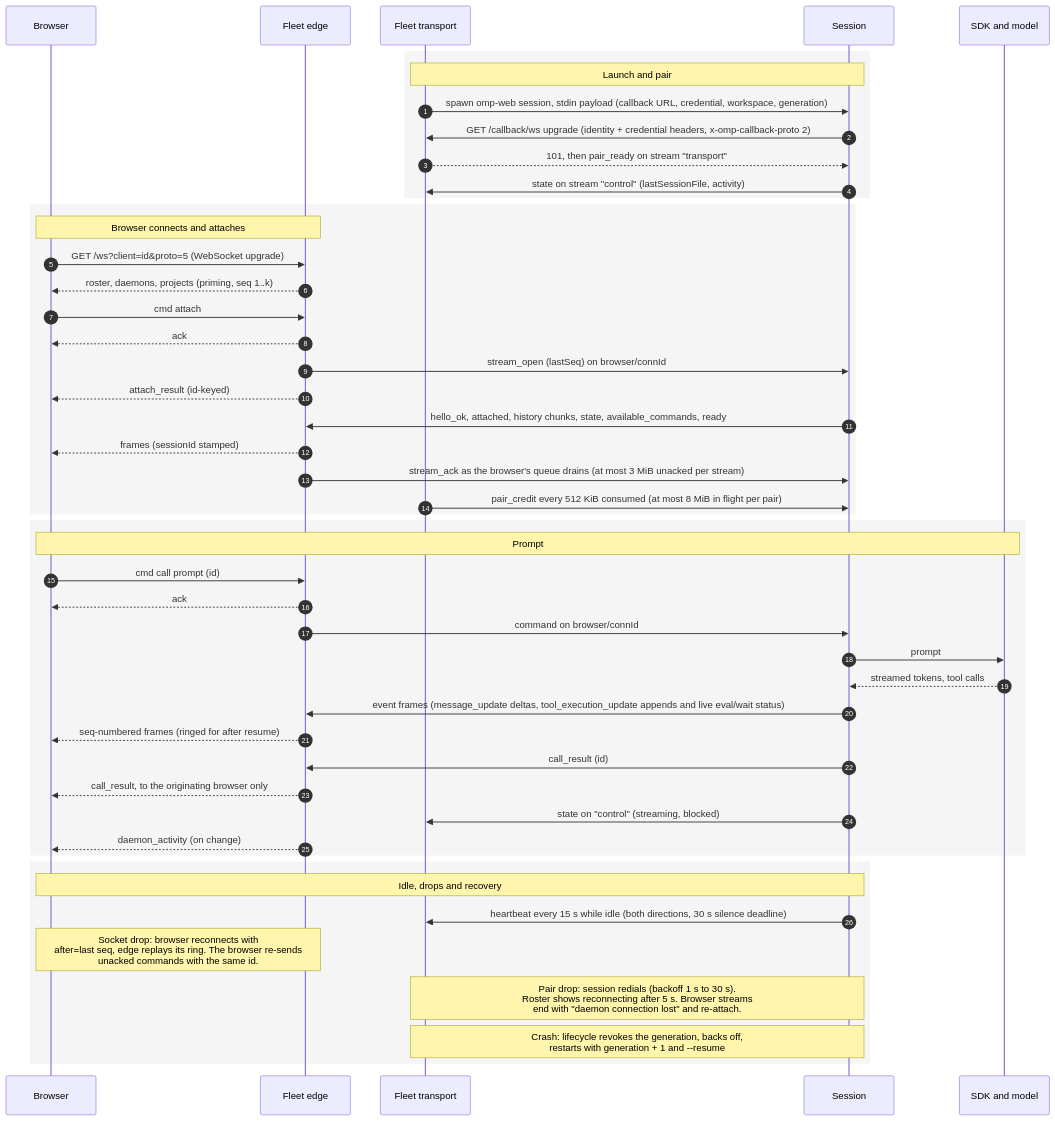
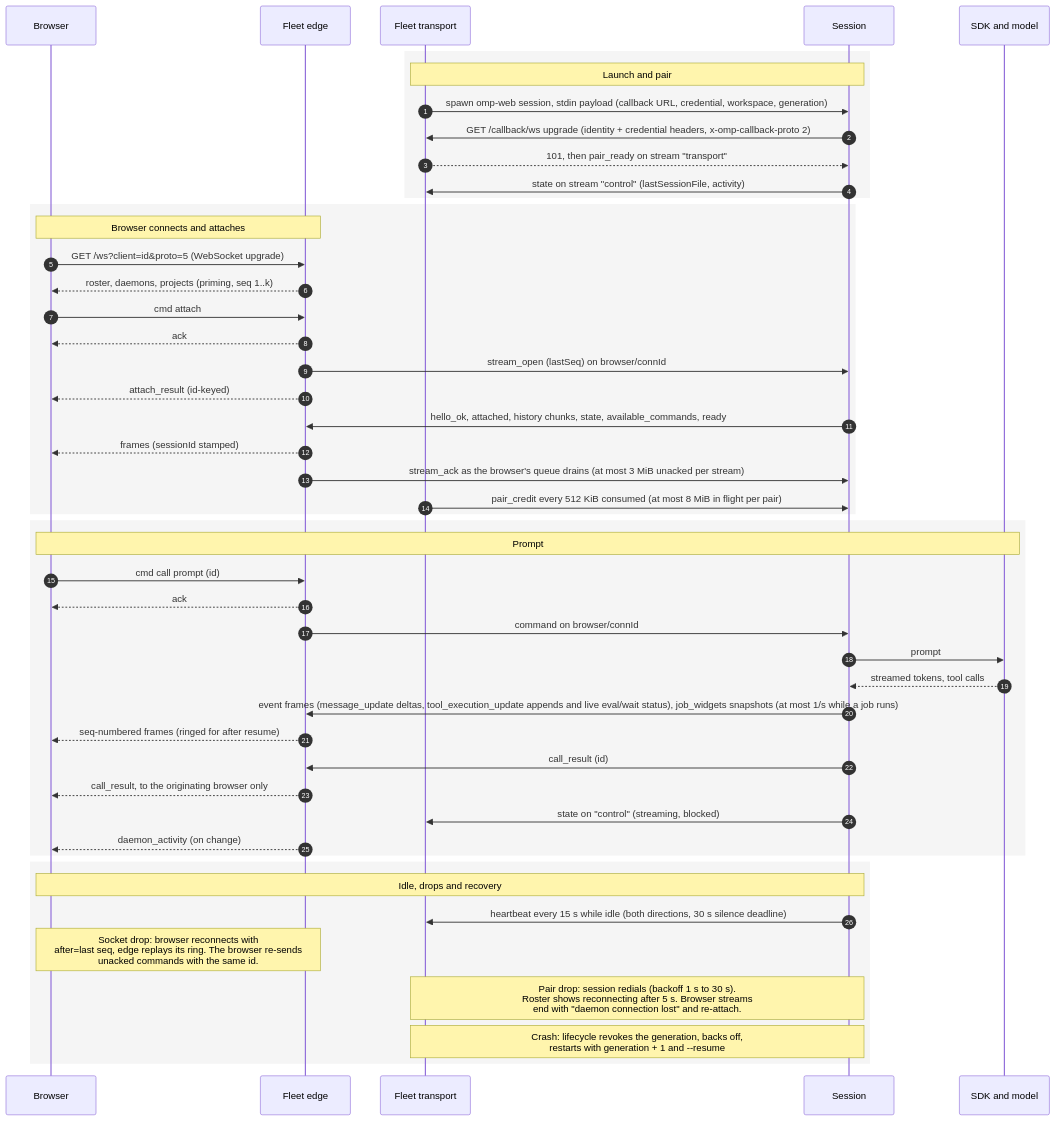
The second of 2 diagrams in docs/architecture.md (nibblebot/omp-web), drawn with Mermaid before and after one commit. The commit also changed 50 other files, not shown here.

First line of the commit message:
feat(sdk): job widgets on the wait card, jobs panel, composer jobs bar and subagent rows (SDK 18.12.6)

````diff
--- a/docs/architecture.md
+++ b/docs/architecture.md
@@ -64,54 +64,54 @@
 ```mermaid
 sequenceDiagram
   autonumber
   participant B as Browser
   participant E as Fleet edge
   participant T as Fleet transport
   participant S as Session
   participant M as SDK and model
 
   rect rgba(128,128,128,0.08)
   Note over T,S: Launch and pair
   T->>S: spawn omp-web session, stdin payload (callback URL, credential, workspace, generation)
   S->>T: GET /callback/ws upgrade (identity + credential headers, x-omp-callback-proto 2)
   T-->>S: 101, then pair_ready on stream "transport"
   S->>T: state on stream "control" (lastSessionFile, activity)
   end
 
   rect rgba(128,128,128,0.08)
   Note over B,E: Browser connects and attaches
   B->>E: GET /ws?client=id&proto=5 (WebSocket upgrade)
   E-->>B: roster, daemons, projects (priming, seq 1..k)
   B->>E: cmd attach
   E-->>B: ack
   E->>S: stream_open (lastSeq) on browser/connId
   E-->>B: attach_result (id-keyed)
   S->>E: hello_ok, attached, history chunks, state, available_commands, ready
   E-->>B: frames (sessionId stamped)
   E->>S: stream_ack as the browser's queue drains (at most 3 MiB unacked per stream)
   T->>S: pair_credit every 512 KiB consumed (at most 8 MiB in flight per pair)
   end
 
   rect rgba(128,128,128,0.08)
   Note over B,M: Prompt
   B->>E: cmd call prompt (id)
   E-->>B: ack
   E->>S: command on browser/connId
   S->>M: prompt
   M-->>S: streamed tokens, tool calls
-  S->>E: event frames (message_update deltas, tool_execution_update appends and live eval/wait status)
+  S->>E: event frames (message_update deltas, tool_execution_update appends and live eval/wait status), job_widgets snapshots (at most 1/s while a job runs)
   E-->>B: seq-numbered frames (ringed for after resume)
   S->>E: call_result (id)
   E-->>B: call_result, to the originating browser only
   S->>T: state on "control" (streaming, blocked)
   E-->>B: daemon_activity (on change)
   end
 
   rect rgba(128,128,128,0.08)
   Note over B,S: Idle, drops and recovery
   S->>T: heartbeat every 15 s while idle (both directions, 30 s silence deadline)
   Note over B,E: Socket drop: browser reconnects with<br/>after=last seq, edge replays its ring. The browser re-sends<br/>unacked commands with the same id.
   Note over T,S: Pair drop: session redials (backoff 1 s to 30 s).<br/>Roster shows reconnecting after 5 s. Browser streams<br/>end with "daemon connection lost" and re-attach.
   Note over T,S: Crash: lifecycle revokes the generation, backs off,<br/>restarts with generation + 1 and --resume
   end
 ```
````
